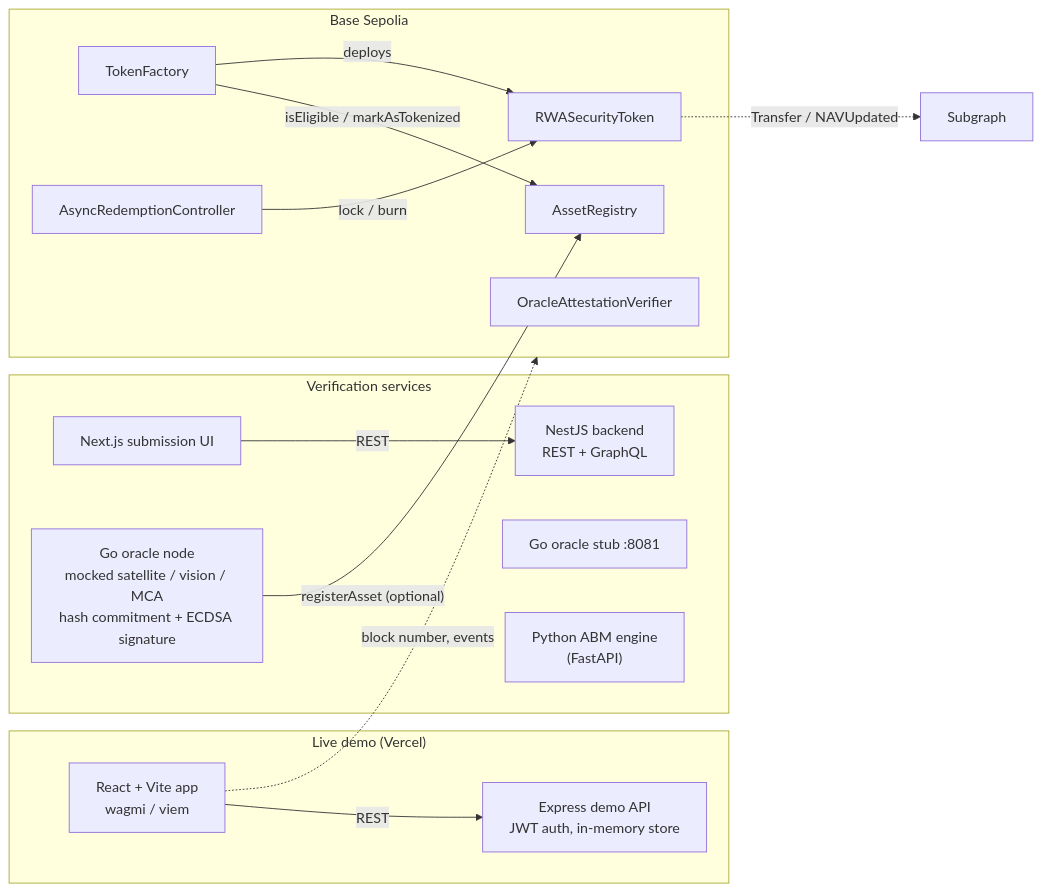
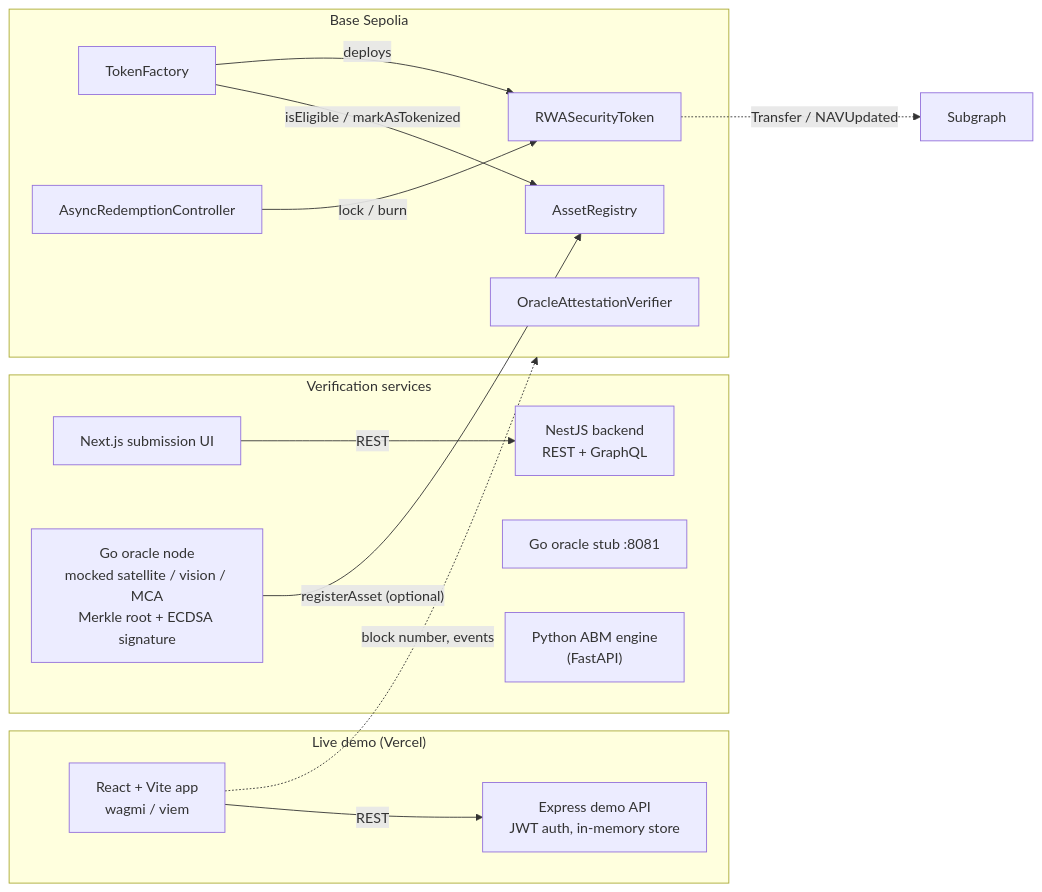
One commit to monickverma/proptoken2 changed the diagram in README.md. Above: the diagram before and after it, drawn with Mermaid. The commit also changed other lines of this file and 8 other files, not shown here.

First line of the commit message:
Build a real Merkle tree in the Go oracle and verify signals on-chain

````diff
--- a/README.md
+++ b/README.md
@@ -29,32 +29,32 @@
 ```mermaid
 flowchart LR
     subgraph Web["Live demo (Vercel)"]
         UI["React + Vite app<br/>wagmi / viem"]
         API["Express demo API<br/>JWT auth, in-memory store"]
         UI -- REST --> API
     end
 
     subgraph Verify["Verification services"]
         NEXT["Next.js submission UI"]
         NEST["NestJS backend<br/>REST + GraphQL"]
         STUB["Go oracle stub :8081"]
-        ORACLE["Go oracle node<br/>mocked satellite / vision / MCA<br/>hash commitment + ECDSA signature"]
+        ORACLE["Go oracle node<br/>mocked satellite / vision / MCA<br/>Merkle root + ECDSA signature"]
         ABM["Python ABM engine<br/>(FastAPI)"]
         NEXT -- REST --> NEST
     end
 
     subgraph Chain["Base Sepolia"]
         REG["AssetRegistry"]
         FACT["TokenFactory"]
         TOK["RWASecurityToken"]
         RED["AsyncRedemptionController"]
         VER["OracleAttestationVerifier"]
         FACT -- "isEligible / markAsTokenized" --> REG
         FACT -- deploys --> TOK
         RED -- "lock / burn" --> TOK
     end
 
     UI -. "block number, events" .-> Chain
     ORACLE -- "registerAsset (optional)" --> REG
     TOK -. "Transfer / NAVUpdated" .-> SG["Subgraph"]
 ```
````
